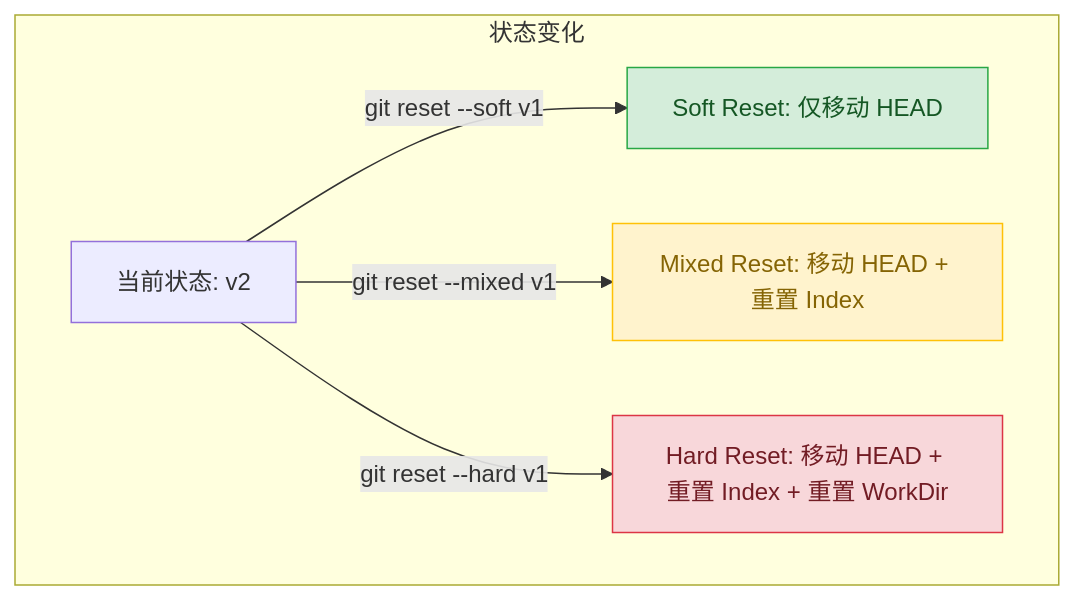
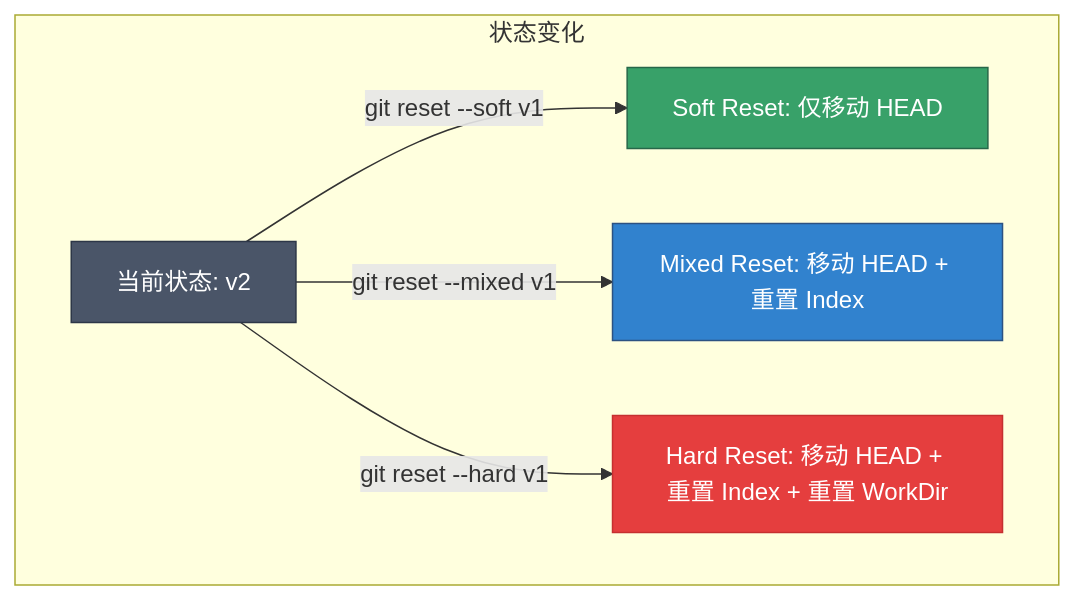
One commit to VrianCao/GitTour changed the diagram in src/content/docs/05-advanced/06-reset-demystified.md. Above: the diagram before and after it, drawn with Mermaid. The commit also changed 10 other files, not shown here.

First line of the commit message:
style: optimize Mermaid diagrams for light/dark mode

````diff
--- a/src/content/docs/05-advanced/06-reset-demystified.md
+++ b/src/content/docs/05-advanced/06-reset-demystified.md
@@ -81,17 +81,23 @@
 ```mermaid
 graph TD
     subgraph States [状态变化]
         v2[当前状态: v2]
         soft[Soft Reset: 仅移动 HEAD]
         mixed[Mixed Reset: 移动 HEAD + 重置 Index]
         hard[Hard Reset: 移动 HEAD + 重置 Index + 重置 WorkDir]
     end
 
     v2 -->|git reset --soft v1| soft
     v2 -->|git reset --mixed v1| mixed
     v2 -->|git reset --hard v1| hard
 
-    style soft fill:#d4edda,stroke:#28a745,color:#155724
-    style mixed fill:#fff3cd,stroke:#ffc107,color:#856404
-    style hard fill:#f8d7da,stroke:#dc3545,color:#721c24
+    classDef current fill:#4a5568,stroke:#2d3748,color:#fff
+    classDef safeOp fill:#38a169,stroke:#276749,color:#fff
+    classDef mixedOp fill:#3182ce,stroke:#2c5282,color:#fff
+    classDef dangerOp fill:#e53e3e,stroke:#c53030,color:#fff
+
+    class v2 current
+    class soft safeOp
+    class mixed mixedOp
+    class hard dangerOp
 ```
````
